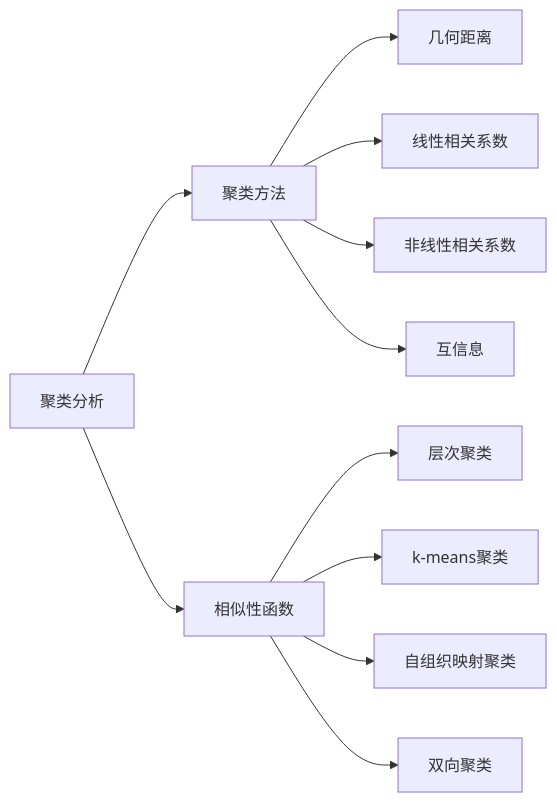
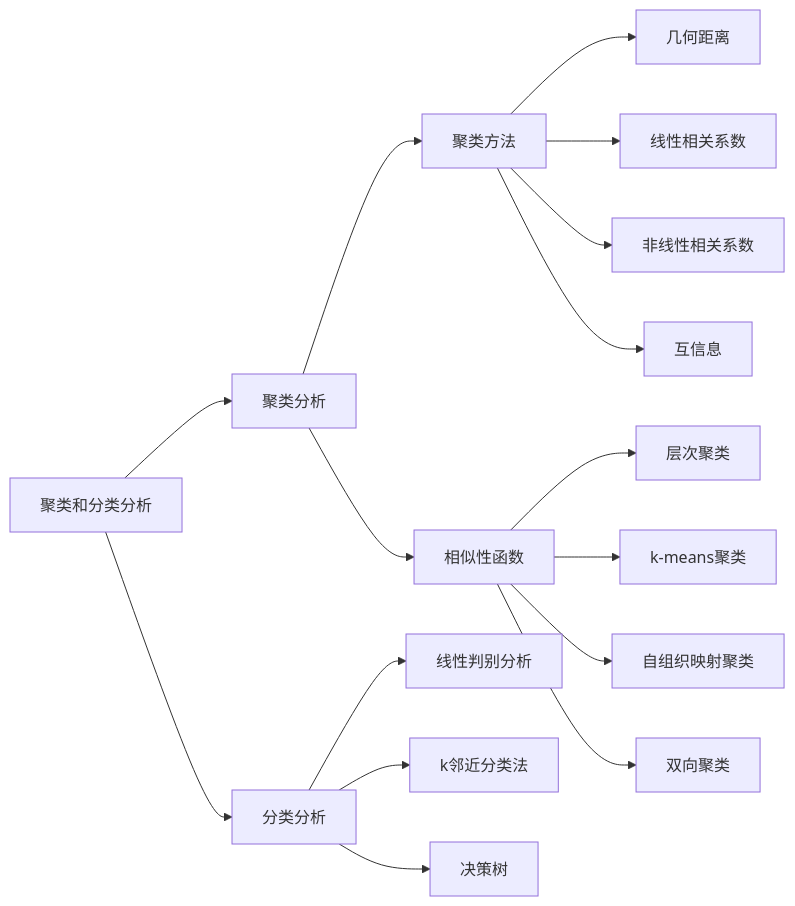
The diagram in course/bioinformatics/bioinformatics.md (gxf1212/notes), drawn with Mermaid before and after one commit. The commit also changed other lines of this file and 8 other files, not shown here.

````diff
--- a/course/bioinformatics/bioinformatics.md
+++ b/course/bioinformatics/bioinformatics.md
@@ -30,13 +38,18 @@
 ```mermaid
 graph LR
+z[聚类和分类分析] --> ca
 ca[聚类分析] --> c[聚类方法]
 ca --> s[相似性函数]
 c --> 几何距离
 c --> 线性相关系数
 c --> 非线性相关系数
 c --> 互信息
 s --> 层次聚类
 s --> k-means聚类
 s --> 自组织映射聚类
 s --> 双向聚类
+z --> cl[分类分析]
+cl --> 线性判别分析
+cl --> k邻近分类法
+cl --> 决策树
 ```
````
